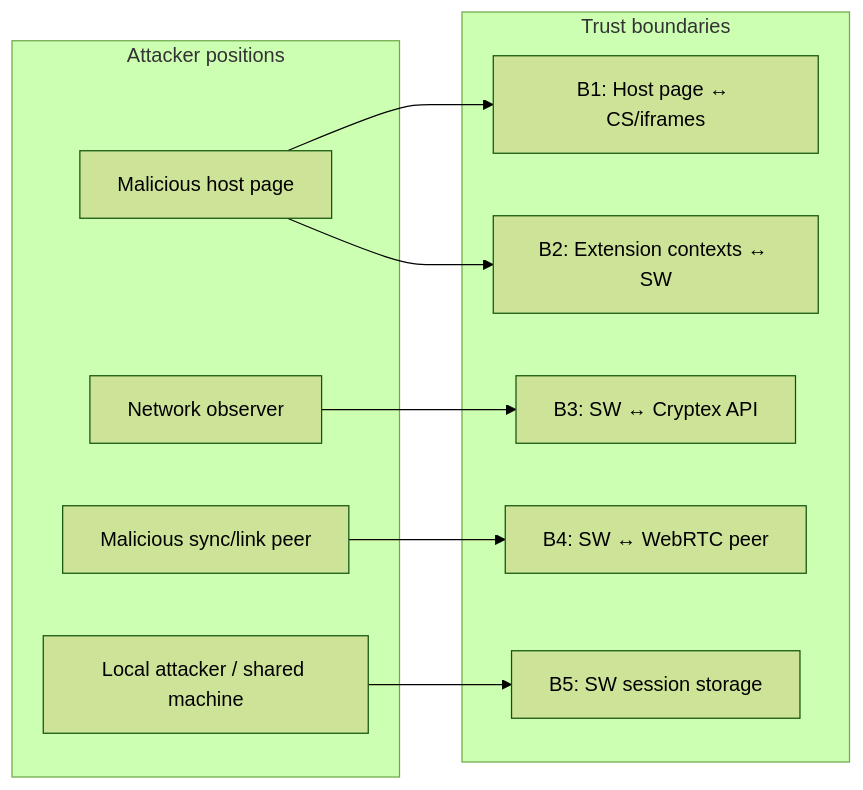
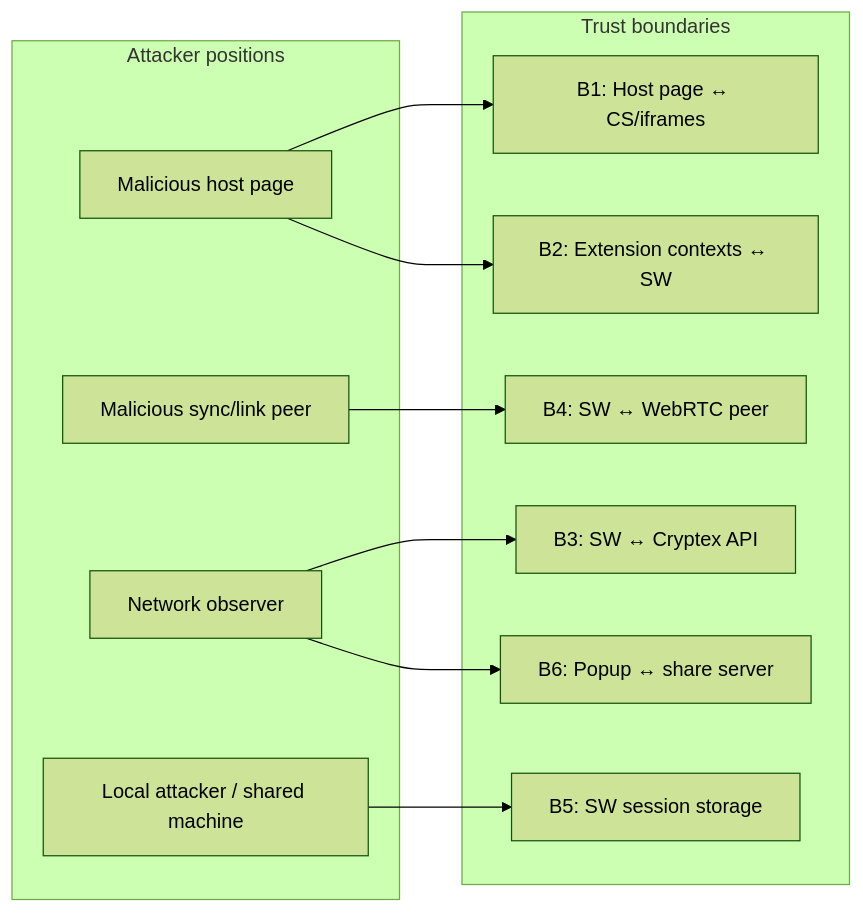
Before and after one commit to CryptexIndustries/vault-web: the first of 7 diagrams in extension/docs/threat-model.md, drawn with Mermaid (forest theme). The commit also changed other lines of this file and 3 other files, not shown here.

````diff
--- a/extension/docs/threat-model.md
+++ b/extension/docs/threat-model.md
@@ -41,23 +44,25 @@
 ```mermaid
 flowchart LR
     subgraph attackers["Attacker positions"]
         MalPage["Malicious host page"]
         MalPeer["Malicious sync/link peer"]
         MalNet["Network observer"]
         Local["Local attacker / shared machine"]
     end
 
     subgraph boundaries["Trust boundaries"]
         B1["B1: Host page ↔ CS/iframes"]
         B2["B2: Extension contexts ↔ SW"]
         B3["B3: SW ↔ Cryptex API"]
         B4["B4: SW ↔ WebRTC peer"]
         B5["B5: SW session storage"]
+        B6["B6: Popup ↔ share server"]
     end
 
     MalPage --> B1
     MalPage --> B2
     MalPeer --> B4
     MalNet --> B3
+    MalNet --> B6
     Local --> B5
 ```
````
